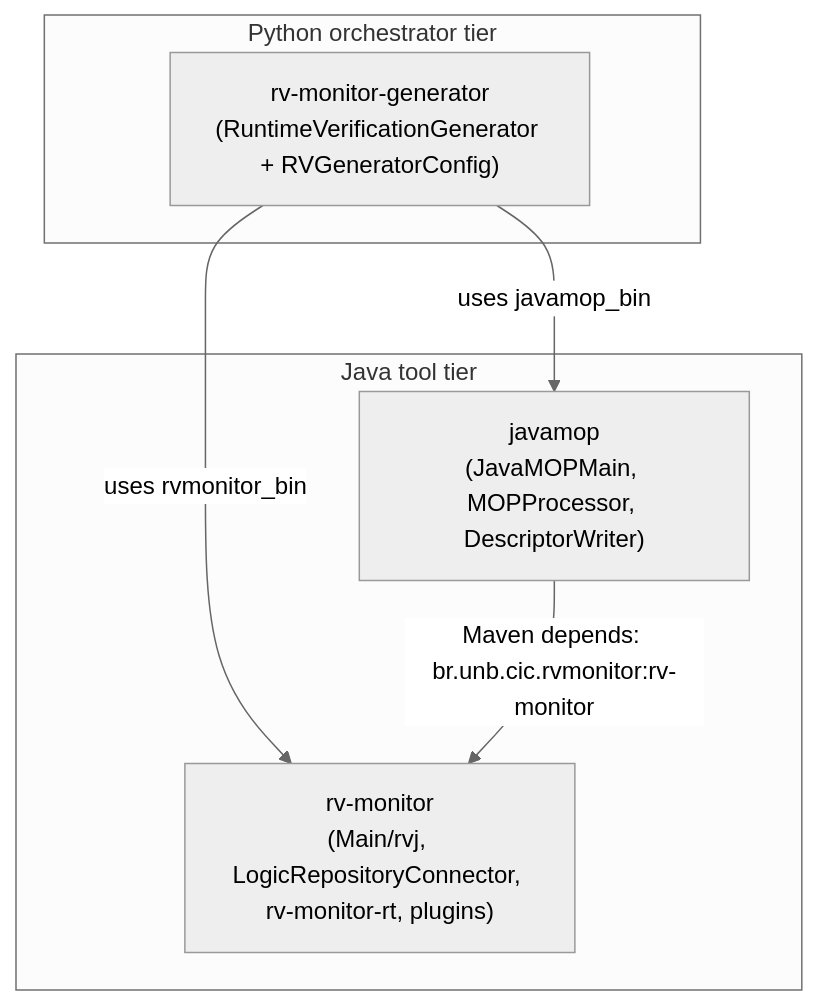
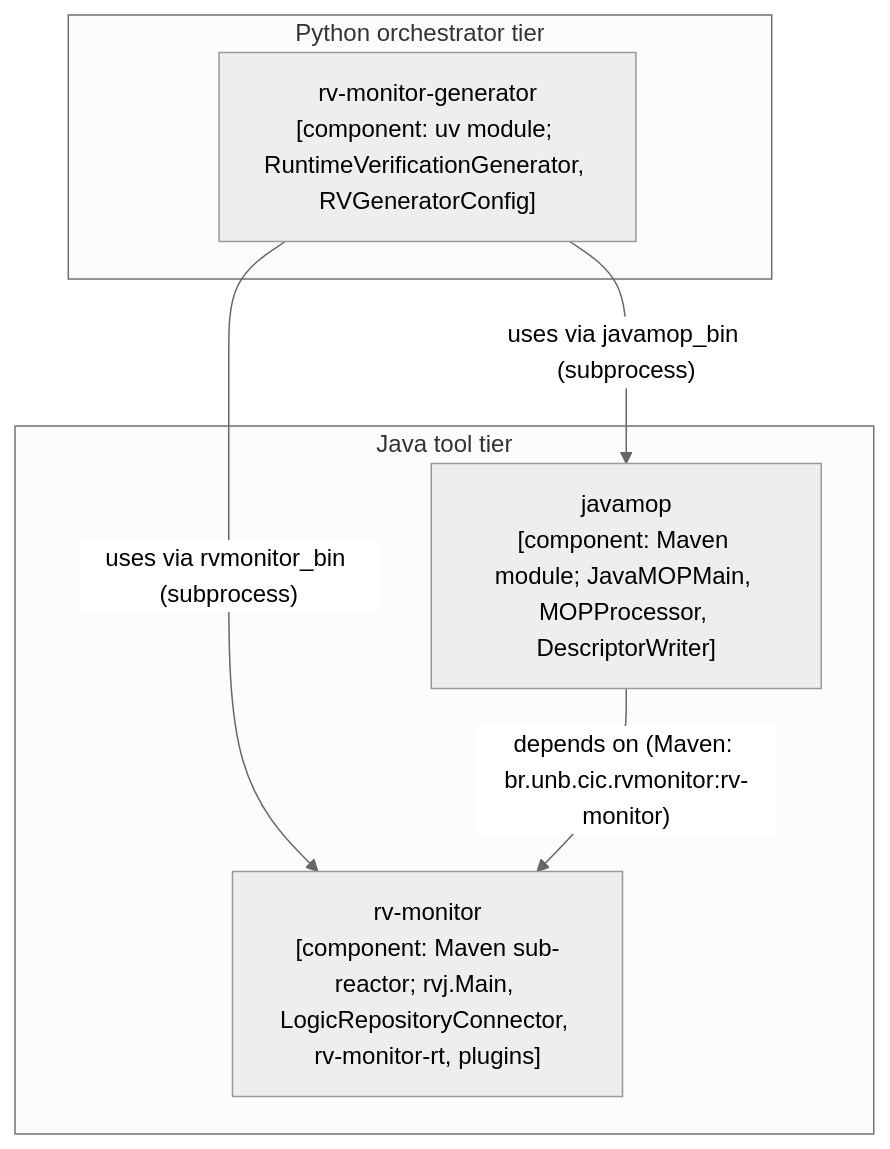
The second of 5 diagrams in rv-android/docs/architecture/monitor-generation.md (PAMunb/rvsec), drawn with Mermaid before and after one commit. The commit also changed other lines of this file and 7 other files, not shown here.

````diff
--- a/rv-android/docs/architecture/monitor-generation.md
+++ b/rv-android/docs/architecture/monitor-generation.md
@@ -508,14 +522,16 @@
 ```mermaid
 %%{init: {'theme': 'neutral'}}%%
 flowchart TB
-    subgraph py["Python orchestrator tier"]
-        gen["rv-monitor-generator<br/>(RuntimeVerificationGenerator + RVGeneratorConfig)"]
+    %% Source: modules/rv-monitor-generator/pyproject.toml, modules/rv-monitor-generator/src/rv_monitor_generator/, ../javamop/pom.xml, ../rv-monitor/pom.xml
+    %% Omitted: rv-android-core (cross-cutting foundation; see Appendix A), the submodules of the rv-monitor sub-reactor (listed in the catalog)
+    subgraph pytier["Python orchestrator tier"]
+        gen["rv-monitor-generator<br/>[component: uv module; RuntimeVerificationGenerator, RVGeneratorConfig]"]
     end
-    subgraph java["Java tool tier"]
-        jm["javamop<br/>(JavaMOPMain, MOPProcessor, DescriptorWriter)"]
-        rvm["rv-monitor<br/>(Main/rvj, LogicRepositoryConnector, rv-monitor-rt, plugins)"]
+    subgraph javatier["Java tool tier"]
+        jm["javamop<br/>[component: Maven module; JavaMOPMain, MOPProcessor, DescriptorWriter]"]
+        rvm["rv-monitor<br/>[component: Maven sub-reactor; rvj.Main, LogicRepositoryConnector, rv-monitor-rt, plugins]"]
     end
-    gen -->|uses javamop_bin| jm
-    gen -->|uses rvmonitor_bin| rvm
-    jm -->|Maven depends: br.unb.cic.rvmonitor:rv-monitor| rvm
+    gen -->|"uses via javamop_bin (subprocess)"| jm
+    gen -->|"uses via rvmonitor_bin (subprocess)"| rvm
+    jm -->|"depends on (Maven: br.unb.cic.rvmonitor:rv-monitor)"| rvm
 ```
````
